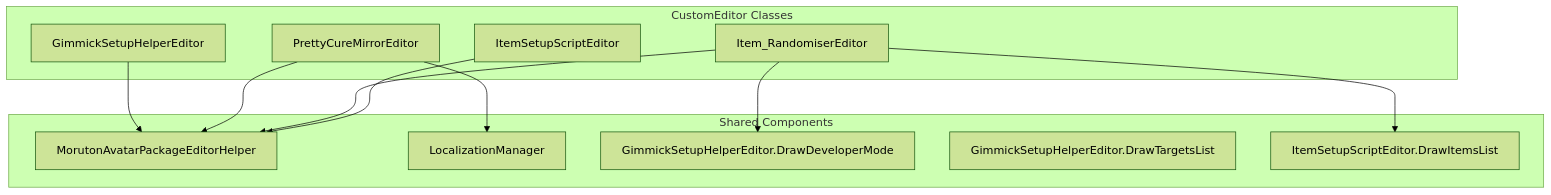
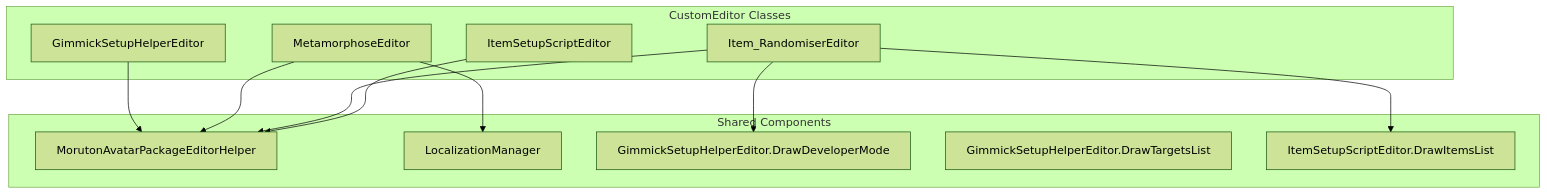
The seventh of 7 diagrams in Documentation/Architecture.md (moruton1119/com.moruton.gimmicks), drawn with Mermaid (forest theme) before and after one commit. The commit also changed other lines of this file and 15 other files, not shown here.

Commit message:
Refactor: Rename PrettyCureMirror to Metamorphose across codebase, localizations, and docs

````diff
--- a/Documentation/Architecture.md
+++ b/Documentation/Architecture.md
@@ -207,25 +207,25 @@
 ```mermaid
 flowchart TD
     subgraph Editors["CustomEditor Classes"]
         GimmickSetupHelperEditor
-        PrettyCureMirrorEditor
+        MetamorphoseEditor
         Item_RandomiserEditor
         ItemSetupScriptEditor
     end
     
     subgraph Shared["Shared Components"]
         MorutonAvatarPackageEditorHelper
         LocalizationManager
         GimmickSetupHelperEditor.DrawDeveloperMode
         GimmickSetupHelperEditor.DrawTargetsList
         ItemSetupScriptEditor.DrawItemsList
     end
     
     GimmickSetupHelperEditor --> MorutonAvatarPackageEditorHelper
-    PrettyCureMirrorEditor --> MorutonAvatarPackageEditorHelper
-    PrettyCureMirrorEditor --> LocalizationManager
+    MetamorphoseEditor --> MorutonAvatarPackageEditorHelper
+    MetamorphoseEditor --> LocalizationManager
     Item_RandomiserEditor --> MorutonAvatarPackageEditorHelper
     Item_RandomiserEditor --> GimmickSetupHelperEditor.DrawDeveloperMode
     Item_RandomiserEditor --> ItemSetupScriptEditor.DrawItemsList
     ItemSetupScriptEditor --> MorutonAvatarPackageEditorHelper
 ```
````
